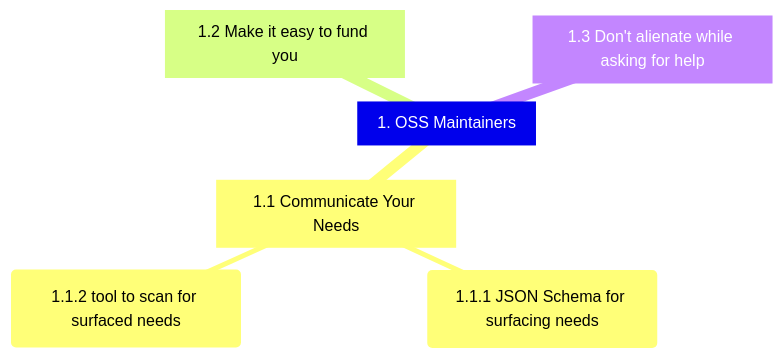
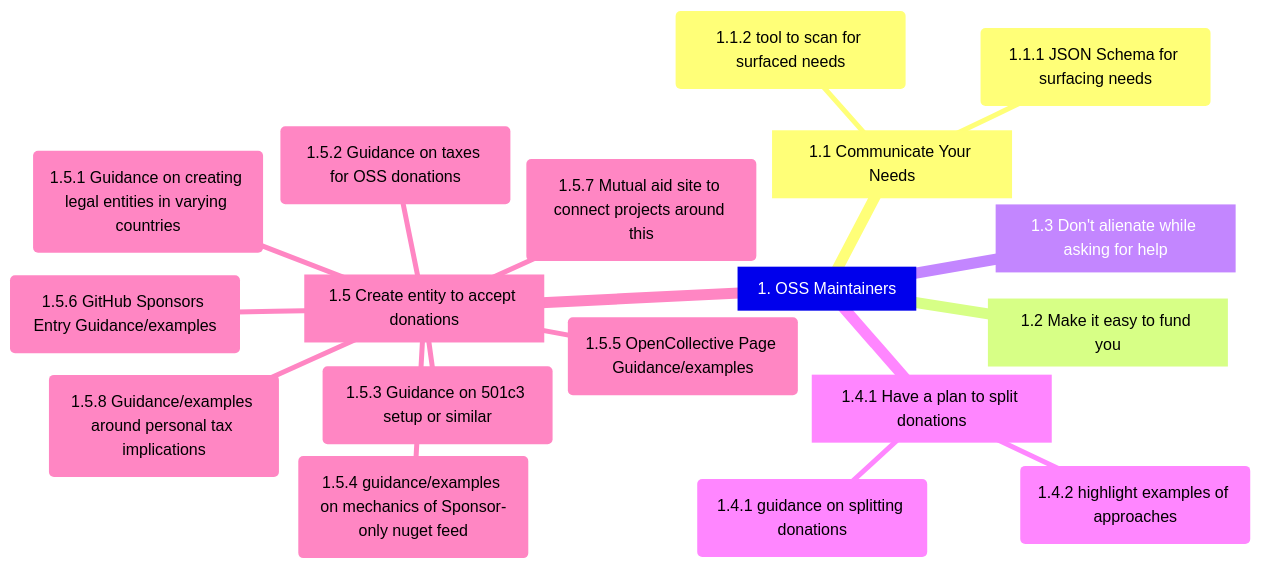
Before and after one commit to AWiderDotNET/home: the first of 8 diagrams in README.md, drawn with Mermaid.

````diff
--- a/README.md
+++ b/README.md
@@ -29,9 +29,21 @@
 ```mermaid
 mindmap
   1[1. OSS Maintainers]
     1.1[1.1 Communicate Your Needs]
       1.1.1(1.1.1 JSON Schema for surfacing needs)
       1.1.2(1.1.2 tool to scan for surfaced needs)
     1.2[1.2 Make it easy to fund you]
     1.3[1.3 Don't alienate while asking for help]
+    1.4[1.4.1 Have a plan to split donations]
+      1.4.1(1.4.1 guidance on splitting donations)
+      1.4.2(1.4.2 highlight examples of approaches)
+    1.5[1.5 Create entity to accept donations]
+      1.5.1(1.5.1 Guidance on creating legal entities in varying countries)
+      1.5.2(1.5.2 Guidance on taxes for OSS donations)
+      1.5.3(1.5.3 Guidance on 501c3 setup or similar)
+      1.5.4(1.5.4 guidance/examples on mechanics of Sponsor-only nuget feed)
+      1.5.5(1.5.5 OpenCollective Page Guidance/examples)
+      1.5.6(1.5.6 GitHub Sponsors Entry Guidance/examples)
+      1.5.7(1.5.7 Mutual aid site to connect projects around this)
+      1.5.8(1.5.8 Guidance/examples around personal tax implications)
 ```
````
